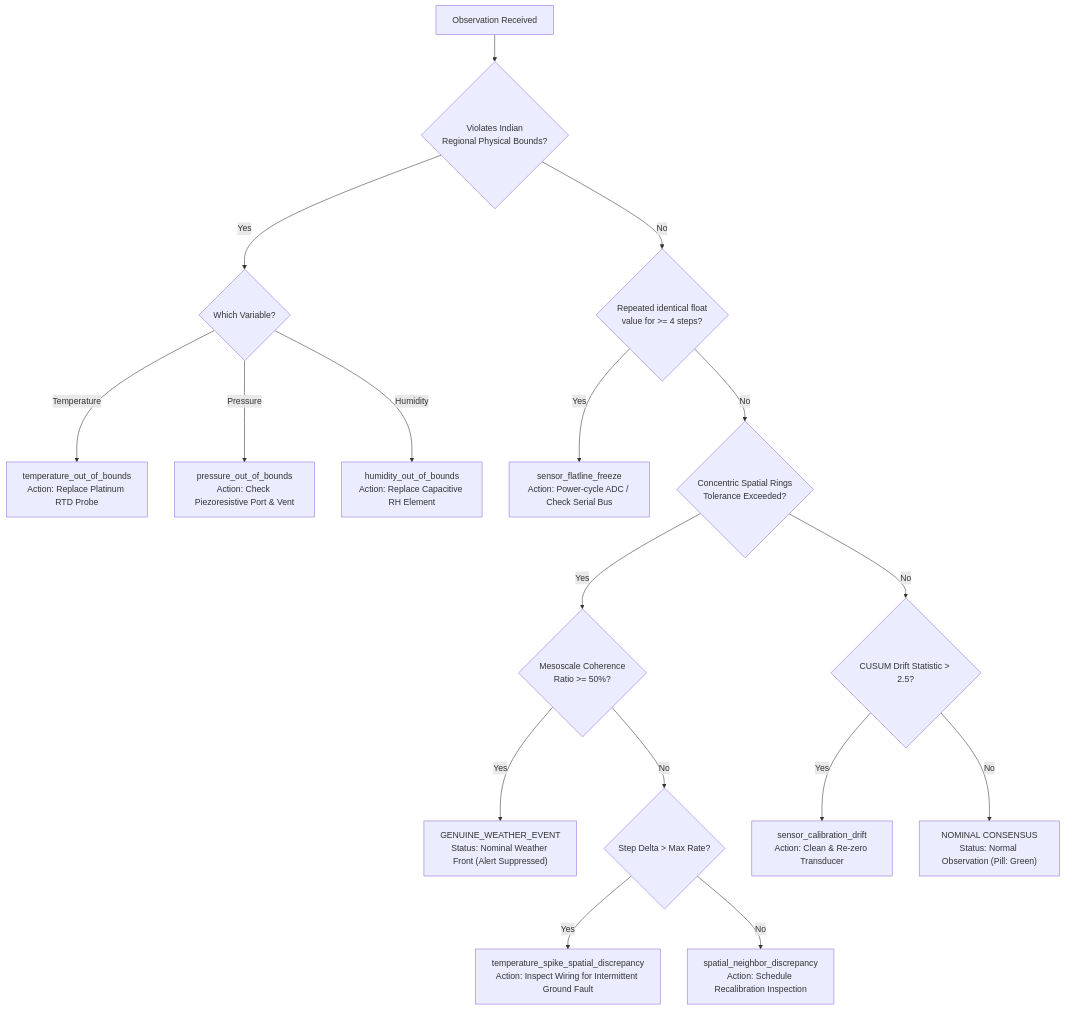
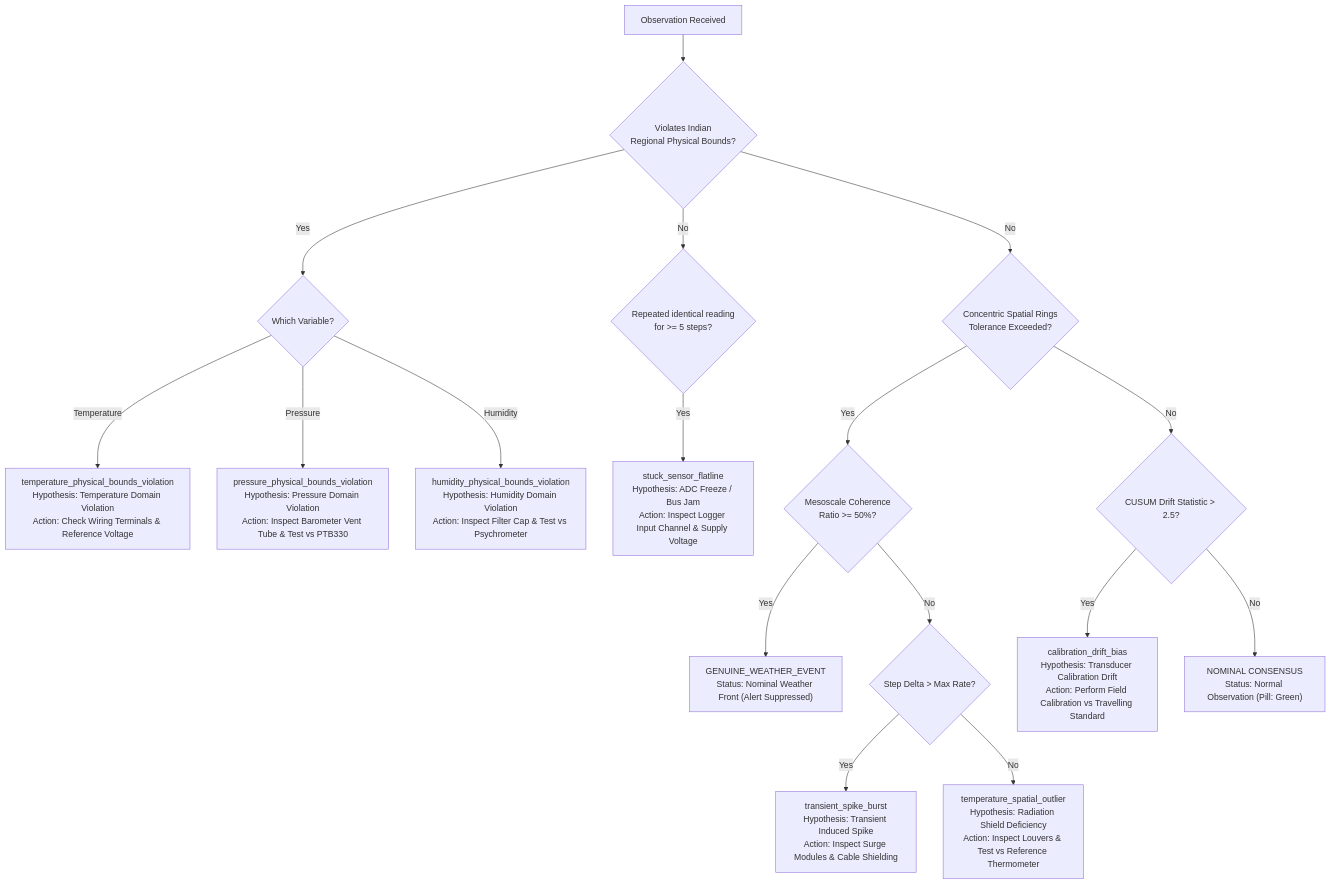
Before and after one commit to CodeWithDeepanshuk/skyguard-ai: the fourth of 4 diagrams in SKYGUARD_AI_SIH26073_EXPLANATION.md, drawn with Mermaid. The commit also changed other lines of this file and 122 other files, not shown here.

````diff
--- a/SKYGUARD_AI_SIH26073_EXPLANATION.md
+++ b/SKYGUARD_AI_SIH26073_EXPLANATION.md
@@ -353,23 +351,23 @@
 ```mermaid
 flowchart TD
     Start["Observation Received"] --> CheckPhys{"Violates Indian<br/>Regional Physical Bounds?"}
     
     CheckPhys -- Yes --> PType{"Which Variable?"}
-    PType -- Temperature --> F1["temperature_out_of_bounds<br/>Action: Replace Platinum RTD Probe"]
-    PType -- Pressure --> F2["pressure_out_of_bounds<br/>Action: Check Piezoresistive Port & Vent"]
-    PType -- Humidity --> F3["humidity_out_of_bounds<br/>Action: Replace Capacitive RH Element"]
+    PType -- Temperature --> F1["temperature_physical_bounds_violation<br/>Hypothesis: Temperature Domain Violation<br/>Action: Check Wiring Terminals & Reference Voltage"]
+    PType -- Pressure --> F2["pressure_physical_bounds_violation<br/>Hypothesis: Pressure Domain Violation<br/>Action: Inspect Barometer Vent Tube & Test vs PTB330"]
+    PType -- Humidity --> F3["humidity_physical_bounds_violation<br/>Hypothesis: Humidity Domain Violation<br/>Action: Inspect Filter Cap & Test vs Psychrometer"]
 
-    CheckPhys -- No --> CheckFreeze{"Repeated identical float<br/>value for >= 4 steps?"}
-    CheckFreeze -- Yes --> F4["sensor_flatline_freeze<br/>Action: Power-cycle ADC / Check Serial Bus"]
+    CheckPhys -- No --> CheckFreeze{"Repeated identical reading<br/>for >= 5 steps?"}
+    CheckFreeze -- Yes --> F4["stuck_sensor_flatline<br/>Hypothesis: ADC Freeze / Bus Jam<br/>Action: Inspect Logger Input Channel & Supply Voltage"]
 
-    CheckFreeze -- No --> CheckSpatial{"Concentric Spatial Rings<br/>Tolerance Exceeded?"}
+    CheckPhys -- No --> CheckSpatial{"Concentric Spatial Rings<br/>Tolerance Exceeded?"}
     CheckSpatial -- Yes --> CheckWeather{"Mesoscale Coherence<br/>Ratio >= 50%?"}
     CheckWeather -- Yes --> W1["GENUINE_WEATHER_EVENT<br/>Status: Nominal Weather Front (Alert Suppressed)"]
     CheckWeather -- No --> CheckRate{"Step Delta > Max Rate?"}
-    CheckRate -- Yes --> F5["temperature_spike_spatial_discrepancy<br/>Action: Inspect Wiring for Intermittent Ground Fault"]
-    CheckRate -- No --> F6["spatial_neighbor_discrepancy<br/>Action: Schedule Recalibration Inspection"]
+    CheckRate -- Yes --> F5["transient_spike_burst<br/>Hypothesis: Transient Induced Spike<br/>Action: Inspect Surge Modules & Cable Shielding"]
+    CheckRate -- No --> F6["temperature_spatial_outlier<br/>Hypothesis: Radiation Shield Deficiency<br/>Action: Inspect Louvers & Test vs Reference Thermometer"]
 
     CheckSpatial -- No --> CheckDrift{"CUSUM Drift Statistic > 2.5?"}
-    CheckDrift -- Yes --> F7["sensor_calibration_drift<br/>Action: Clean & Re-zero Transducer"]
+    CheckDrift -- Yes --> F7["calibration_drift_bias<br/>Hypothesis: Transducer Calibration Drift<br/>Action: Perform Field Calibration vs Travelling Standard"]
     CheckDrift -- No --> Normal["NOMINAL CONSENSUS<br/>Status: Normal Observation (Pill: Green)"]
 ```
````
